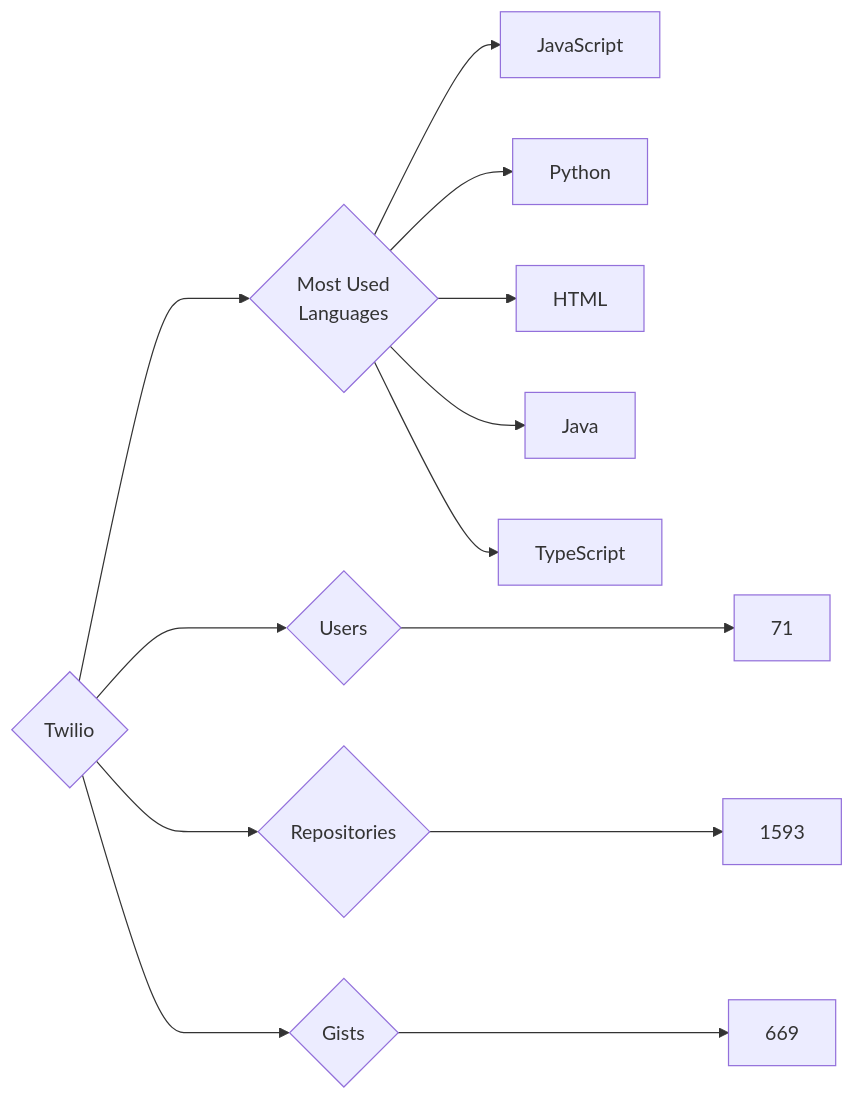
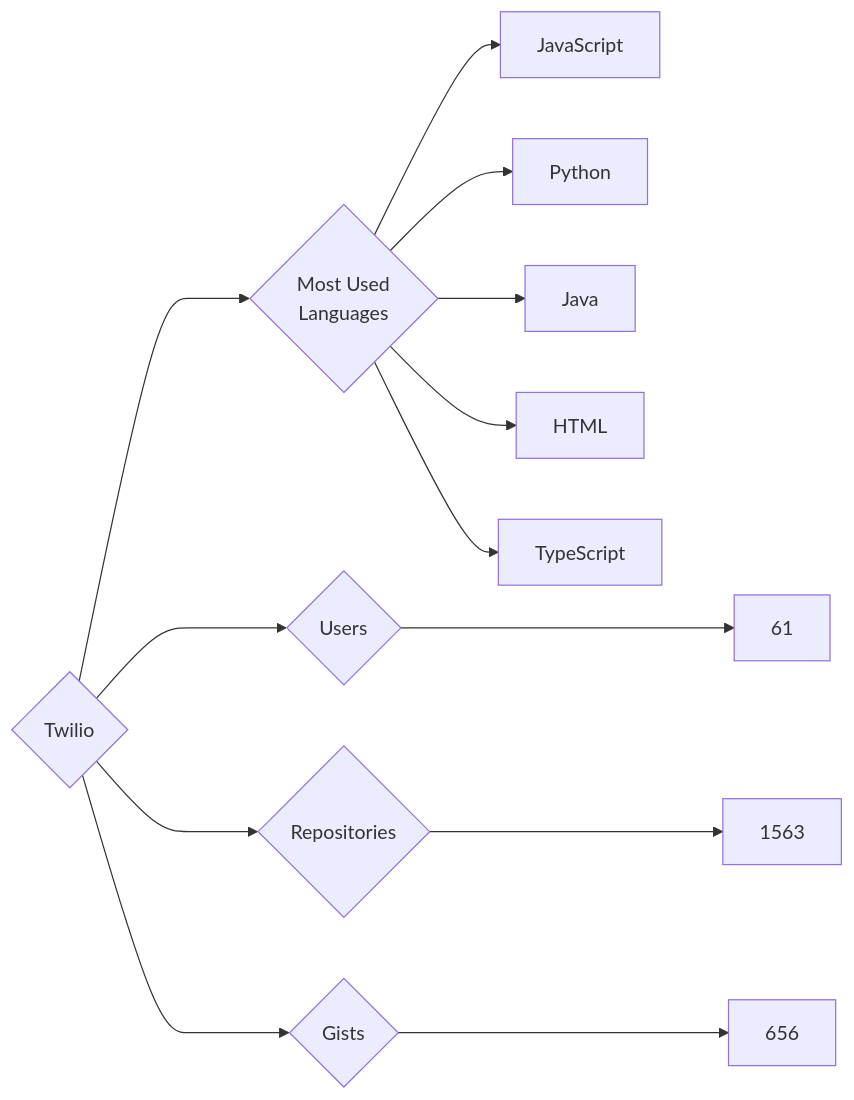
Before and after one commit to trickest/insiders: the diagram in targets/Twilio/README.md, drawn with Mermaid. The commit also changed 939 other files, not shown here.

````diff
--- a/targets/Twilio/README.md
+++ b/targets/Twilio/README.md
@@ -3,13 +3,13 @@
 ```mermaid
 graph LR
 COMPANY_NAME{Twilio}
-COMPANY_NAME ---> U{Users} ---> UN[71]
-COMPANY_NAME ---> R{Repositories} ---> RN[1593]
-COMPANY_NAME ---> G{Gists} ---> GN[669]
+COMPANY_NAME ---> U{Users} ---> UN[61]
+COMPANY_NAME ---> R{Repositories} ---> RN[1563]
+COMPANY_NAME ---> G{Gists} ---> GN[656]
 COMPANY_NAME ---> ML{Most Used<br>Languages}
 ML --> JavaScript[JavaScript]
 ML --> Python[Python]
+ML --> Java[Java]
 ML --> HTML[HTML]
-ML --> Java[Java]
 ML --> TypeScript[TypeScript]
 ```
````
